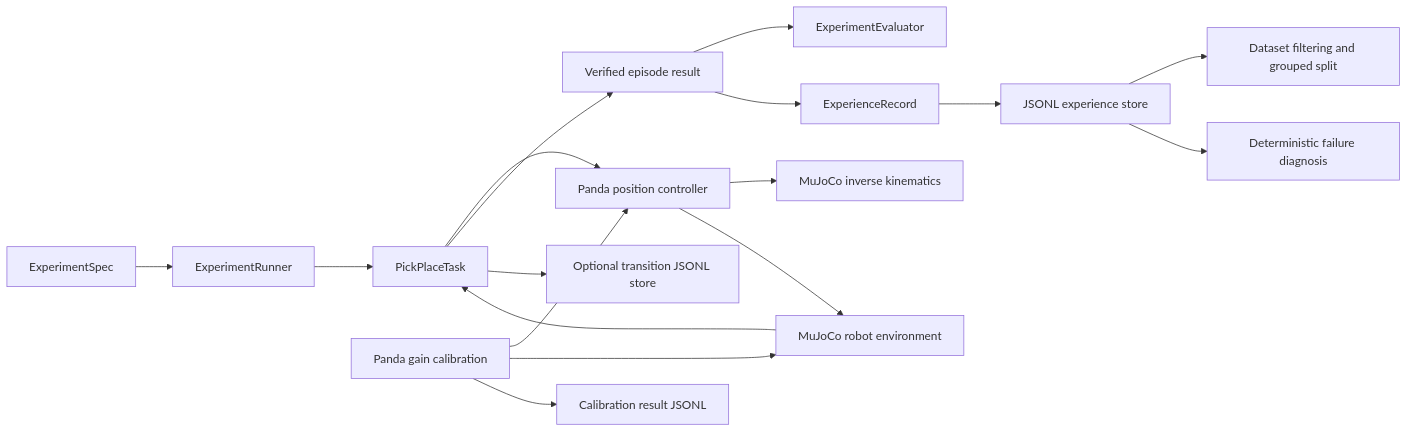
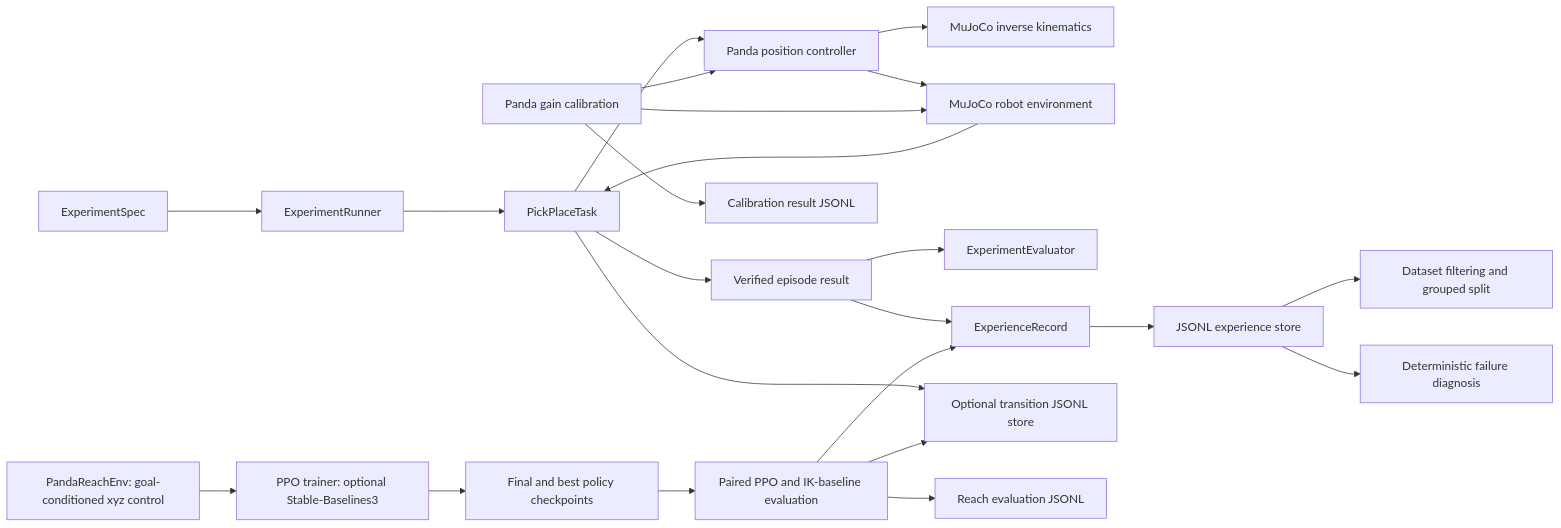
The diagram in README.md (monithsurya/Trajecta), drawn with Mermaid before and after one commit. The commit also changed other lines of this file and 9 other files, not shown here.

Commit message:
Add PPO Panda reach training pipeline

````diff
--- a/README.md
+++ b/README.md
@@ -46,19 +46,25 @@
 ```mermaid
 flowchart LR
   Spec[ExperimentSpec] --> Runner[ExperimentRunner]
   Runner --> Task[PickPlaceTask]
   Task --> Controller[Panda position controller]
   Controller --> IK[MuJoCo inverse kinematics]
   Controller --> Env[MuJoCo robot environment]
   Env --> Task
   Task --> Result[Verified episode result]
   Result --> Eval[ExperimentEvaluator]
   Result --> Record[ExperienceRecord]
   Record --> Store[JSONL experience store]
   Task --> Transitions[Optional transition JSONL store]
+  Reach[PandaReachEnv: goal-conditioned xyz control] --> PPO[PPO trainer: optional Stable-Baselines3]
+  PPO --> Checkpoint[Final and best policy checkpoints]
+  Checkpoint --> Compare[Paired PPO and IK-baseline evaluation]
+  Compare --> EvalStore[Reach evaluation JSONL]
+  Compare --> Record
+  Compare --> Transitions
   Calibration[Panda gain calibration] --> Controller
   Calibration --> Env
   Calibration --> CalibrationStore[Calibration result JSONL]
   Store --> Dataset[Dataset filtering and grouped split]
   Store --> Failure[Deterministic failure diagnosis]
 ```
````
